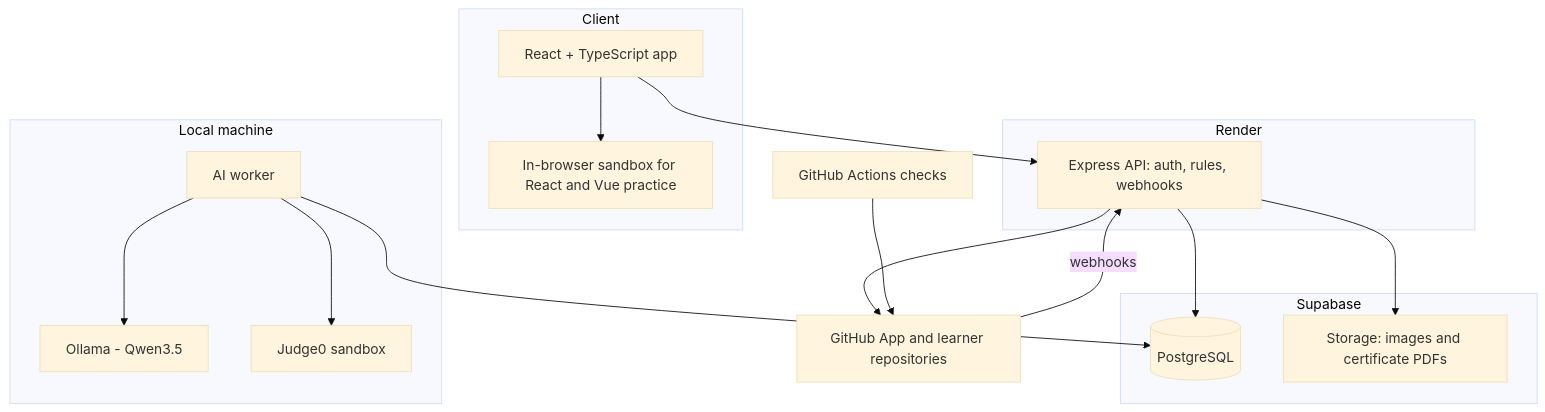
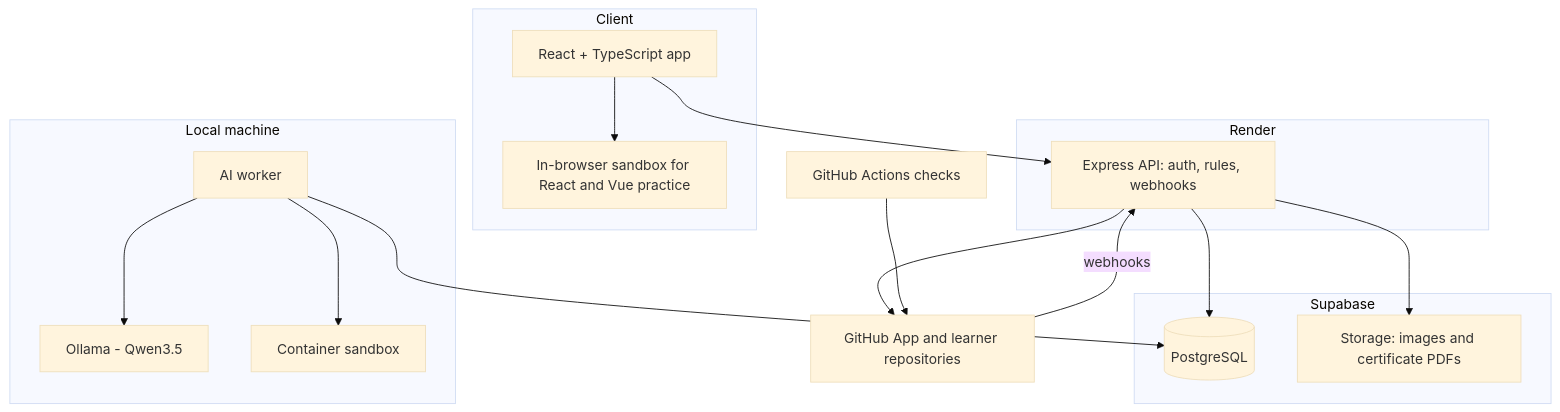
The second of 2 diagrams in docs/project-proposal.md (blckzr/First-Commit), drawn with Mermaid (base theme) before and after one commit. The commit also changed other lines of this file and 28 other files, not shown here.

First line of the commit message:
fix: update Judge0 setup instructions and clarify sandbox limitations

````diff
--- a/docs/project-proposal.md
+++ b/docs/project-proposal.md
@@ -483,32 +483,32 @@
 ```mermaid
 flowchart TB
     subgraph Client
         UI[React + TypeScript app]
         SP[In-browser sandbox for React and Vue practice]
     end
     subgraph Render
         API[Express API: auth, rules, webhooks]
     end
     subgraph Supabase
         DB[(PostgreSQL)]
         ST[Storage: images and certificate PDFs]
     end
     subgraph Local machine
         W[AI worker]
         LLM[Ollama - Qwen3.5]
-        SB[Judge0 sandbox]
+        SB[Container sandbox]
     end
     GH[GitHub App and learner repositories]
     GA[GitHub Actions checks]
 
     UI --> API
     UI --> SP
     API --> DB
     API --> ST
     API --> GH
     GH -- webhooks --> API
     GA --> GH
     W --> DB
     W --> LLM
     W --> SB
 ```
````
